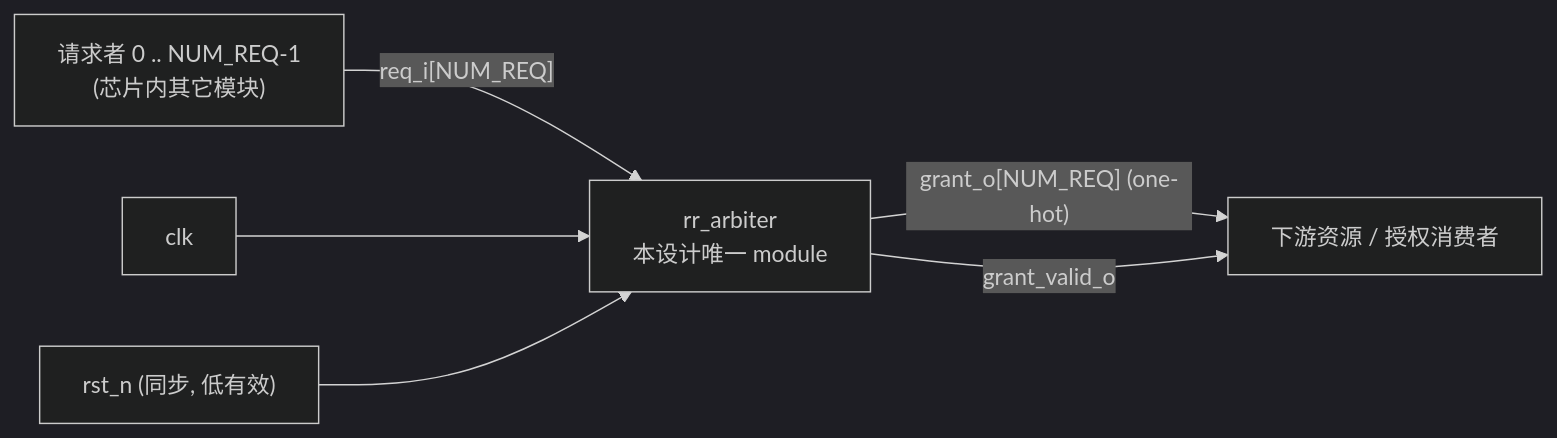
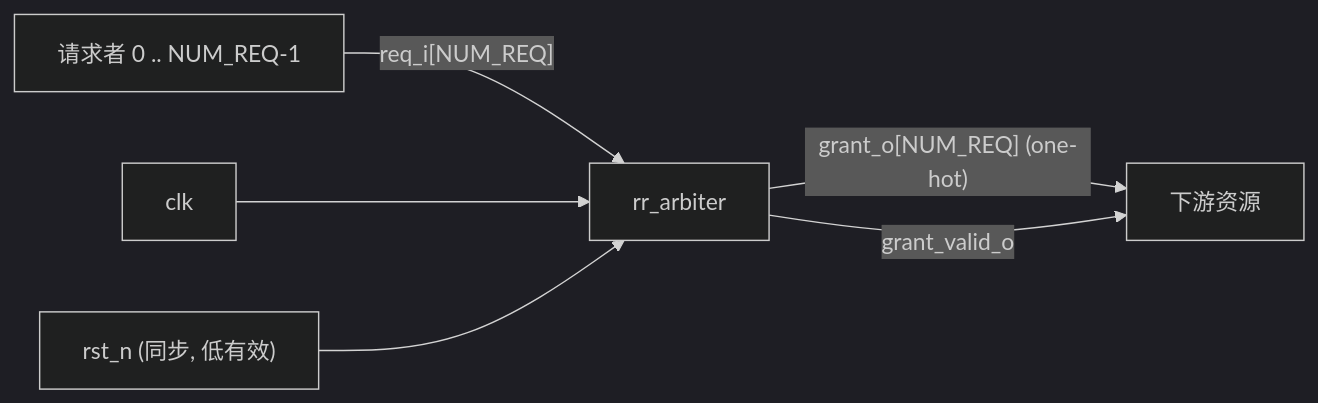
One commit to qiankun214/sv_with_dsh changed the diagram in 02-architecture/ARCH-001-arb-arch/block-diagram.md. Above: the diagram before and after it, drawn with Mermaid (dark theme). The commit also changed other lines of this file and 8 other files, not shown here.

````diff
--- a/02-architecture/ARCH-001-arb-arch/block-diagram.md
+++ b/02-architecture/ARCH-001-arb-arch/block-diagram.md
@@ -8,8 +5,8 @@
 ```mermaid
 flowchart LR
-  RQ["请求者 0 .. NUM_REQ-1<br/>(芯片内其它模块)"] -- "req_i[NUM_REQ]" --> A["rr_arbiter<br/>本设计唯一 module"]
-  A -- "grant_o[NUM_REQ] (one-hot)" --> DN["下游资源 / 授权消费者"]
+  RQ["请求者 0 .. NUM_REQ-1"] -- "req_i[NUM_REQ]" --> A["rr_arbiter"]
+  A -- "grant_o[NUM_REQ] (one-hot)" --> DN["下游资源"]
   A -- "grant_valid_o" --> DN
   CLK["clk"] --> A
   RST["rst_n (同步, 低有效)"] --> A
 ```
````
